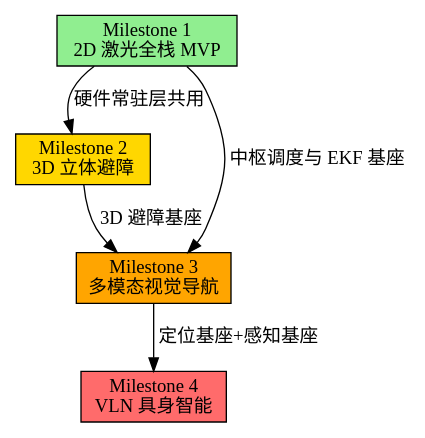
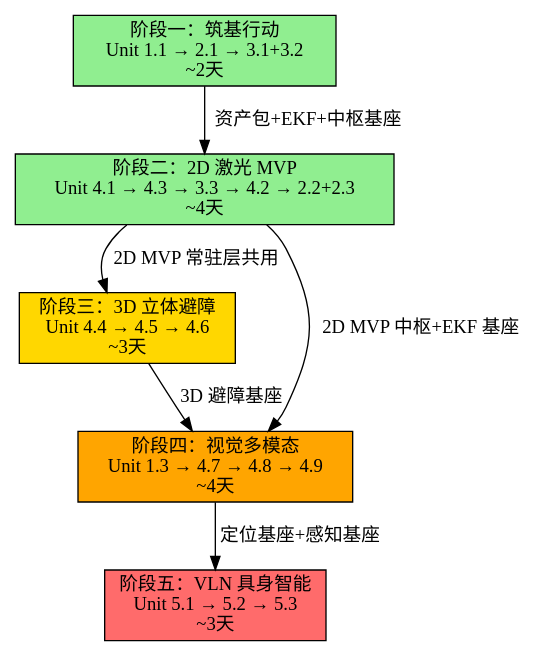
The diagram in docs/superpowers/specs/2026-06-28-robot-adam-navigation-system-design.md (bdus/robot_adam), drawn with Graphviz before and after one commit. The commit also changed other lines of this file, not shown here.

First line of the commit message:
docs: replace milestone plan with 21-unit atomized module breakdown

````diff
--- a/docs/superpowers/specs/2026-06-28-robot-adam-navigation-system-design.md
+++ b/docs/superpowers/specs/2026-06-28-robot-adam-navigation-system-design.md
@@ -482,15 +503,18 @@
 ```dot
-digraph milestones {
+digraph atomized_phases {
     rankdir=TB;
+    node [shape=box style=filled];
 
-    M1 [label="Milestone 1\n2D 激光全栈 MVP" shape=box style=filled fillcolor="#90EE90"];
-    M2 [label="Milestone 2\n3D 立体避障" shape=box style=filled fillcolor="#FFD700"];
-    M3 [label="Milestone 3\n多模态视觉导航" shape=box style=filled fillcolor="#FFA500"];
-    M4 [label="Milestone 4\nVLN 具身智能" shape=box style=filled fillcolor="#FF6B6B"];
+    P1 [label="阶段一：筑基行动\nUnit 1.1 → 2.1 → 3.1+3.2\n~2天" fillcolor="#90EE90"];
+    P2 [label="阶段二：2D 激光 MVP\nUnit 4.1 → 4.3 → 3.3 → 4.2 → 2.2+2.3\n~4天" fillcolor="#90EE90"];
+    P3 [label="阶段三：3D 立体避障\nUnit 4.4 → 4.5 → 4.6\n~3天" fillcolor="#FFD700"];
+    P4 [label="阶段四：视觉多模态\nUnit 1.3 → 4.7 → 4.8 → 4.9\n~4天" fillcolor="#FFA500"];
+    P5 [label="阶段五：VLN 具身智能\nUnit 5.1 → 5.2 → 5.3\n~3天" fillcolor="#FF6B6B"];
 
-    M1 -> M2 [label="硬件常驻层共用"];
-    M1 -> M3 [label="中枢调度与 EKF 基座"];
-    M2 -> M3 [label="3D 避障基座"];
-    M3 -> M4 [label="定位基座+感知基座"];
+    P1 -> P2 [label="资产包+EKF+中枢基座"];
+    P2 -> P3 [label="2D MVP 常驻层共用"];
+    P2 -> P4 [label="2D MVP 中枢+EKF 基座"];
+    P3 -> P4 [label="3D 避障基座"];
+    P4 -> P5 [label="定位基座+感知基座"];
 }
 ```
````
